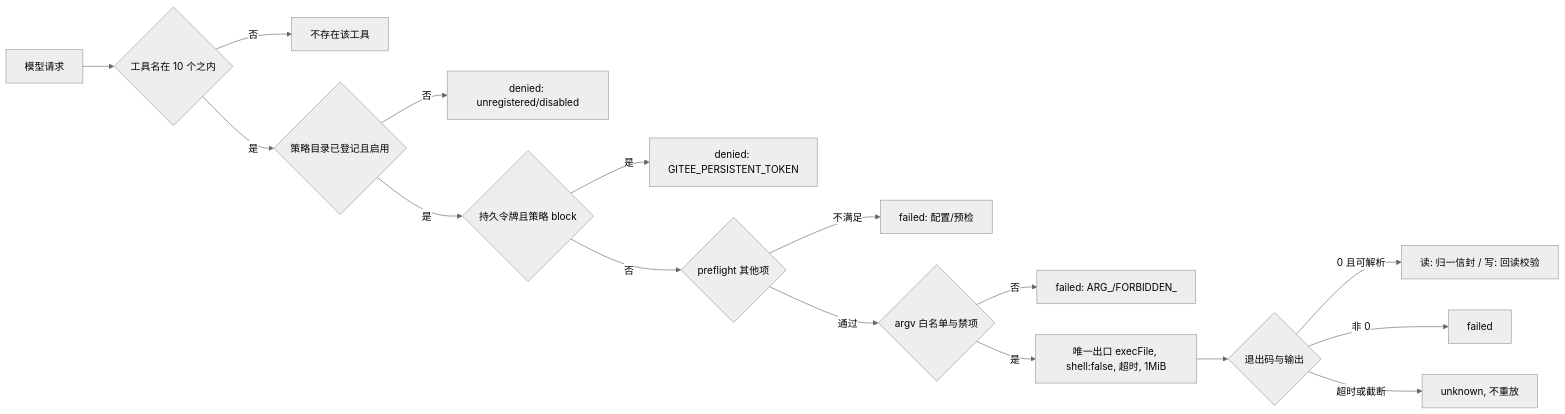
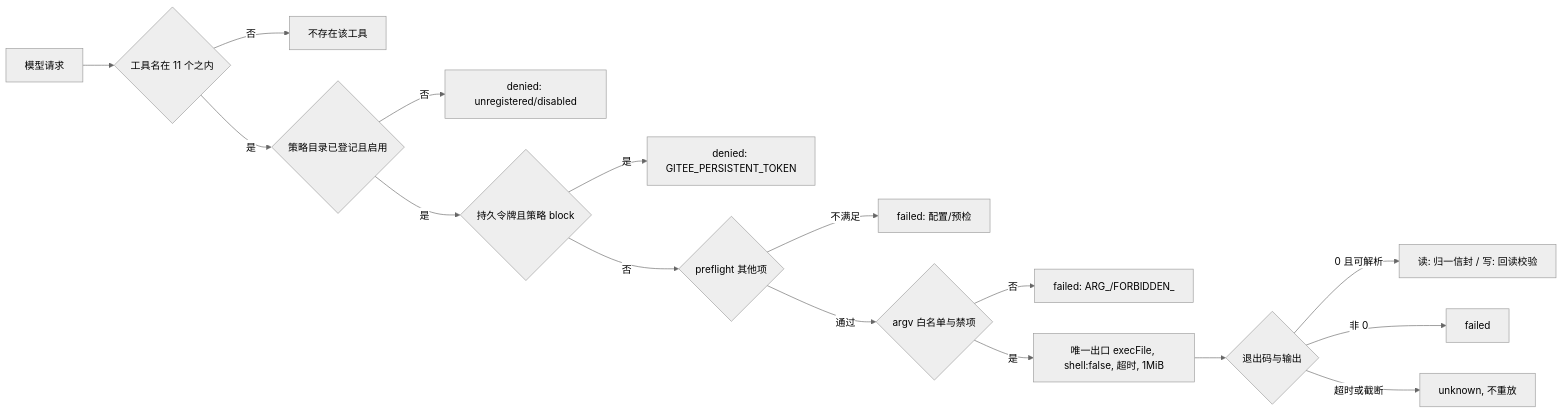
One commit to hrygo/heluo-forge changed the diagram in docs/design/plugins/forge-gitee.md. Above: the diagram before and after it, drawn with Mermaid (neutral theme). The commit also changed other lines of this file and 49 other files, not shown here.

````diff
--- a/docs/design/plugins/forge-gitee.md
+++ b/docs/design/plugins/forge-gitee.md
@@ -170,18 +170,18 @@
 ```mermaid
 flowchart LR
-  A[模型请求] --> B{工具名在 10 个之内}
+  A[模型请求] --> B{工具名在 11 个之内}
   B -->|否| C[不存在该工具]
   B -->|是| D{策略目录已登记且启用}
   D -->|否| E[denied: unregistered/disabled]
   D -->|是| F{持久令牌且策略 block}
   F -->|是| G[denied: GITEE_PERSISTENT_TOKEN]
   F -->|否| P{preflight 其他项}
   P -->|不满足| Q[failed: 配置/预检]
   P -->|通过| H{argv 白名单与禁项}
   H -->|否| I[failed: ARG_/FORBIDDEN_]
   H -->|是| J[唯一出口 execFile, shell:false, 超时, 1MiB]
   J --> K{退出码与输出}
   K -->|0 且可解析| L[读: 归一信封 / 写: 回读校验]
   K -->|非 0| M[failed]
   K -->|超时或截断| N[unknown, 不重放]
 ```
````
